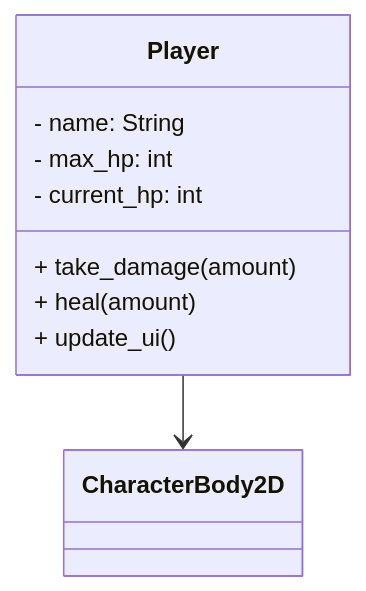
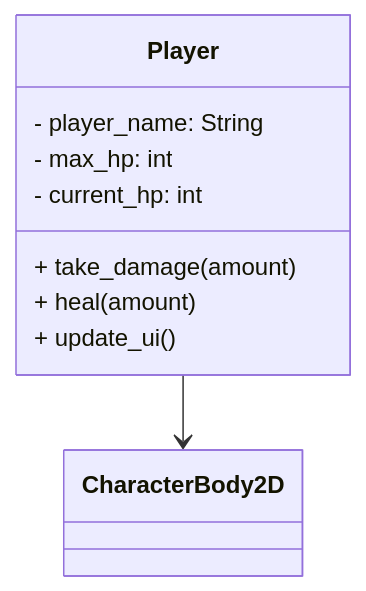
One commit to acatl/oop-gdscript-tutorial changed the second of 2 diagrams in tutorial/modules/01-meet-the-hero.md. Above: the diagram before and after it, drawn with Mermaid. The commit also changed other lines of this file and 3 other files, not shown here.

Commit message:
fix(player): property name is not valid, changed to player_name

````diff
--- a/tutorial/modules/01-meet-the-hero.md
+++ b/tutorial/modules/01-meet-the-hero.md
@@ -152,12 +152,12 @@
 ```mermaid
 classDiagram
     class Player {
-        - name: String
+        - player_name: String
         - max_hp: int
         - current_hp: int
         + take_damage(amount)
         + heal(amount)
         + update_ui()
     }
     Player --> CharacterBody2D
 ```
````
